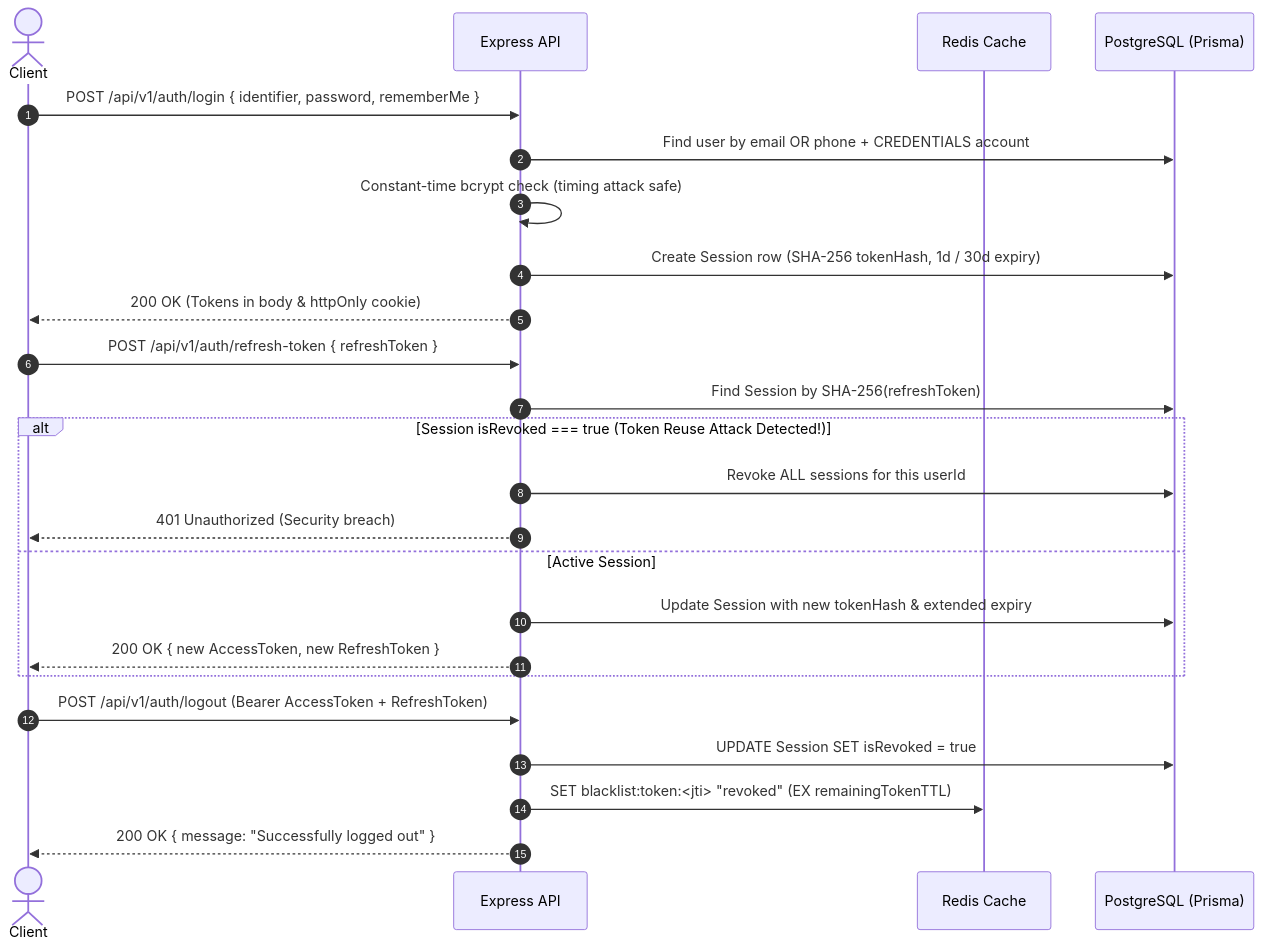
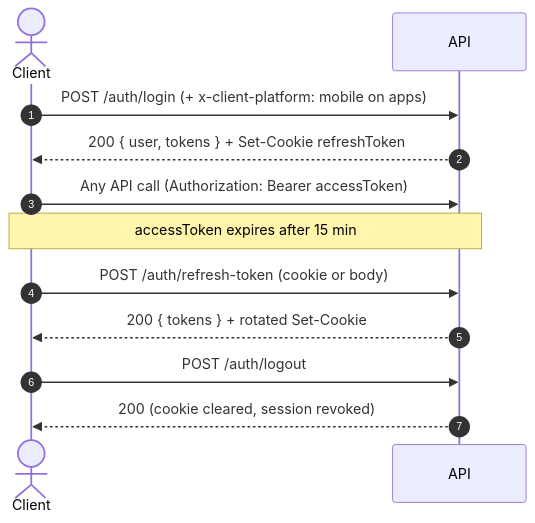
One commit to deligo-pt/deligo-ride-sharing-backend changed the diagram in docs/Auth.md. Above: the diagram before and after it, drawn with Mermaid. The commit also changed other lines of this file and 17 other files, not shown here.

````diff
--- a/docs/Auth.md
+++ b/docs/Auth.md
@@ -61,29 +129,14 @@
 ```mermaid
 sequenceDiagram
     autonumber
     actor Client
-    participant API as Express API
-    participant Redis as Redis Cache
-    participant DB as PostgreSQL (Prisma)
-
-    Client->>API: POST /api/v1/auth/login { identifier, password, rememberMe }
-    API->>DB: Find user by email OR phone + CREDENTIALS account
-    API->>API: Constant-time bcrypt check (timing attack safe)
-    API->>DB: Create Session row (SHA-256 tokenHash, 1d / 30d expiry)
-    API-->>Client: 200 OK (Tokens in body & httpOnly cookie)
-
-    Client->>API: POST /api/v1/auth/refresh-token { refreshToken }
-    API->>DB: Find Session by SHA-256(refreshToken)
-    alt Session isRevoked === true (Token Reuse Attack Detected!)
-        API->>DB: Revoke ALL sessions for this userId
-        API-->>Client: 401 Unauthorized (Security breach)
-    else Active Session
-        API->>DB: Update Session with new tokenHash & extended expiry
-        API-->>Client: 200 OK { new AccessToken, new RefreshToken }
-    end
-
-    Client->>API: POST /api/v1/auth/logout (Bearer AccessToken + RefreshToken)
-    API->>DB: UPDATE Session SET isRevoked = true
-    API->>Redis: SET blacklist:token:<jti> "revoked" (EX remainingTokenTTL)
-    API-->>Client: 200 OK { message: "Successfully logged out" }
+    participant API
+    Client->>API: POST /auth/login (+ x-client-platform: mobile on apps)
+    API-->>Client: 200 { user, tokens } + Set-Cookie refreshToken
+    Client->>API: Any API call (Authorization: Bearer accessToken)
+    Note over Client,API: accessToken expires after 15 min
+    Client->>API: POST /auth/refresh-token (cookie or body)
+    API-->>Client: 200 { tokens } + rotated Set-Cookie
+    Client->>API: POST /auth/logout
+    API-->>Client: 200 (cookie cleared, session revoked)
 ```
````
